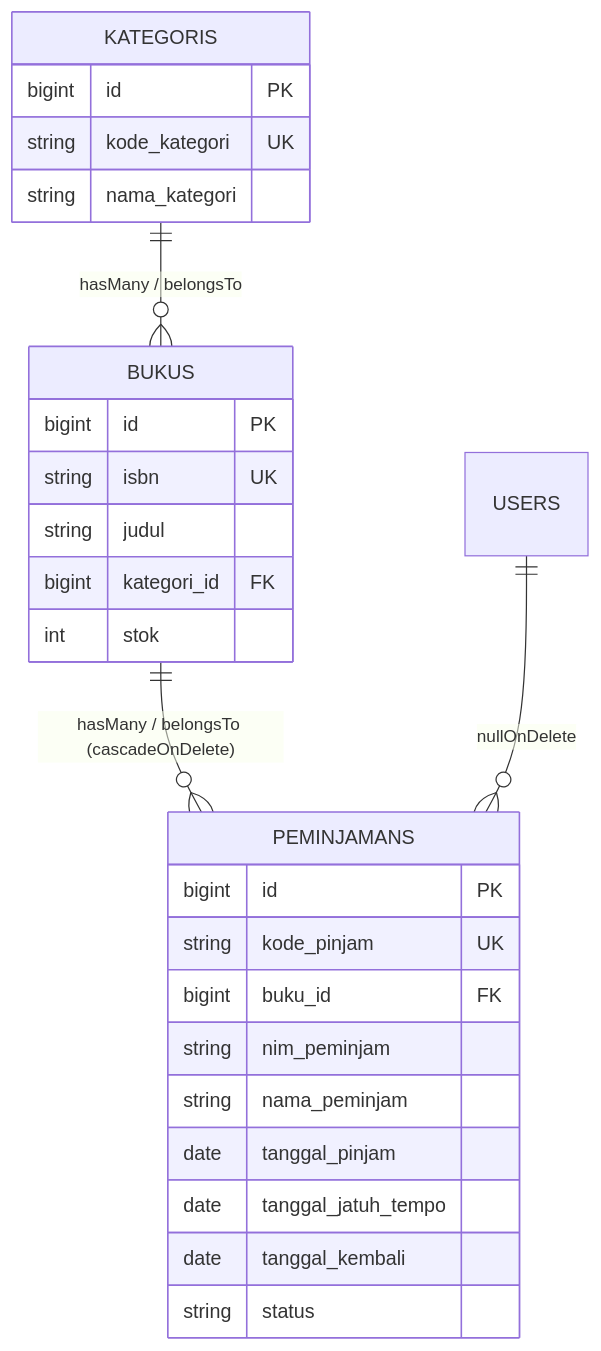
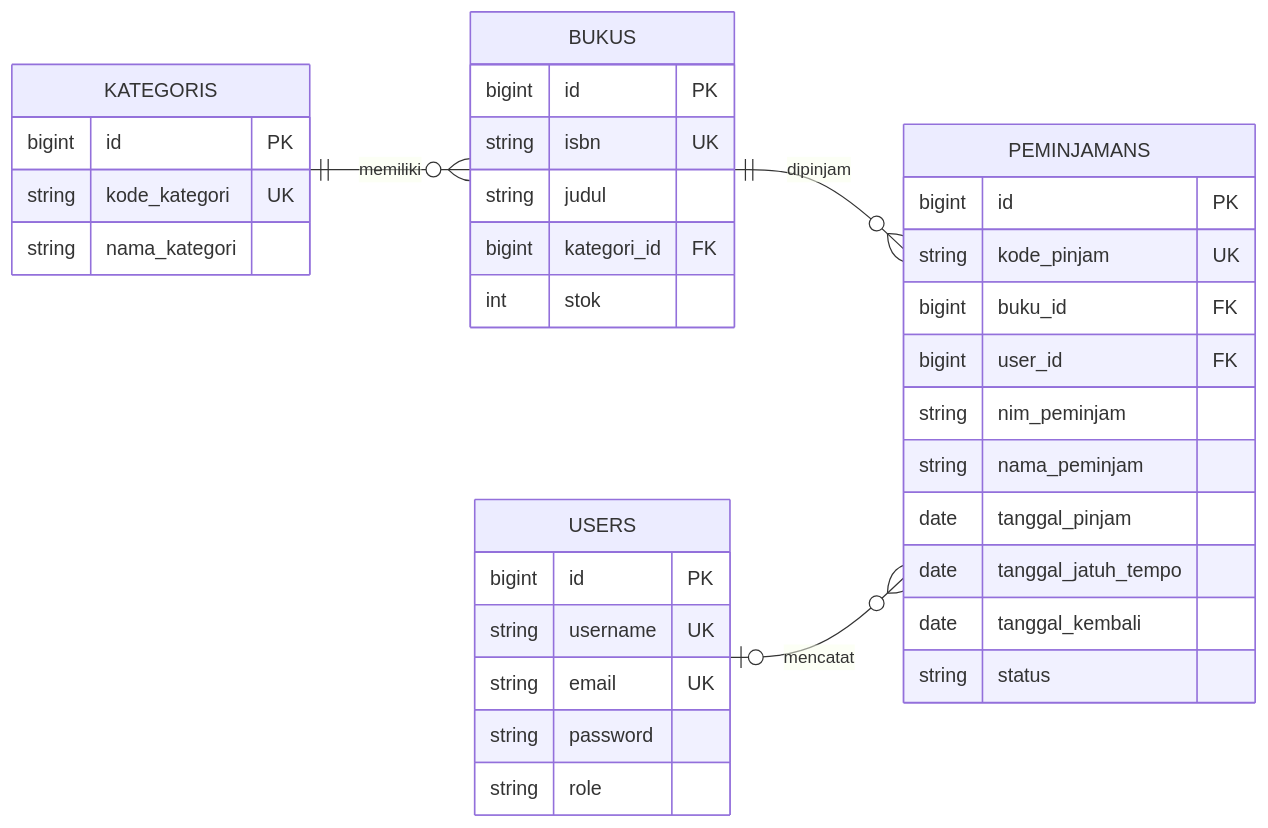
One commit to FredrickAritonang/ppw-2026-week5-12S24001 changed the diagram in README.md. Above: the diagram before and after it, drawn with Mermaid. The commit also changed other lines of this file, not shown here.

Commit message:
docs(readme): simplify test account and redraw ERD

````diff
--- a/README.md
+++ b/README.md
@@ -42,29 +39,42 @@
 ```mermaid
 erDiagram
-    KATEGORIS ||--o{ BUKUS : "hasMany / belongsTo"
-    BUKUS ||--o{ PEMINJAMANS : "hasMany / belongsTo (cascadeOnDelete)"
-    USERS ||--o{ PEMINJAMANS : "nullOnDelete"
+    direction LR
+    KATEGORIS ||--o{ BUKUS : memiliki
+    BUKUS ||--o{ PEMINJAMANS : dipinjam
+    USERS |o--o{ PEMINJAMANS : mencatat
+
     KATEGORIS {
         bigint id PK
         string kode_kategori UK
         string nama_kategori
     }
+
     BUKUS {
         bigint id PK
         string isbn UK
         string judul
         bigint kategori_id FK
         int stok
     }
+
     PEMINJAMANS {
         bigint id PK
         string kode_pinjam UK
         bigint buku_id FK
+        bigint user_id FK
         string nim_peminjam
         string nama_peminjam
         date tanggal_pinjam
         date tanggal_jatuh_tempo
         date tanggal_kembali
         string status
     }
+
+    USERS {
+        bigint id PK
+        string username UK
+        string email UK
+        string password
+        string role
+    }
 ```
````
